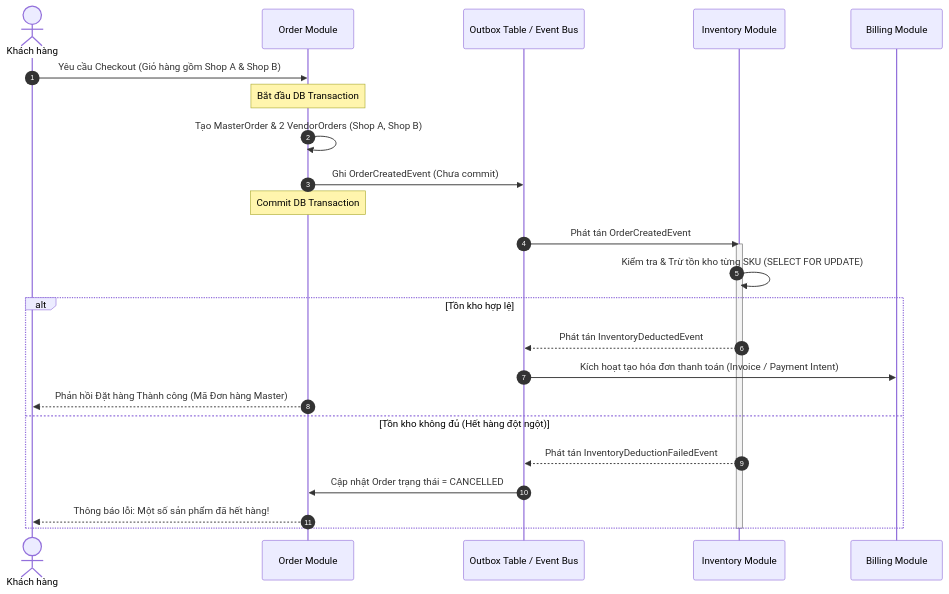
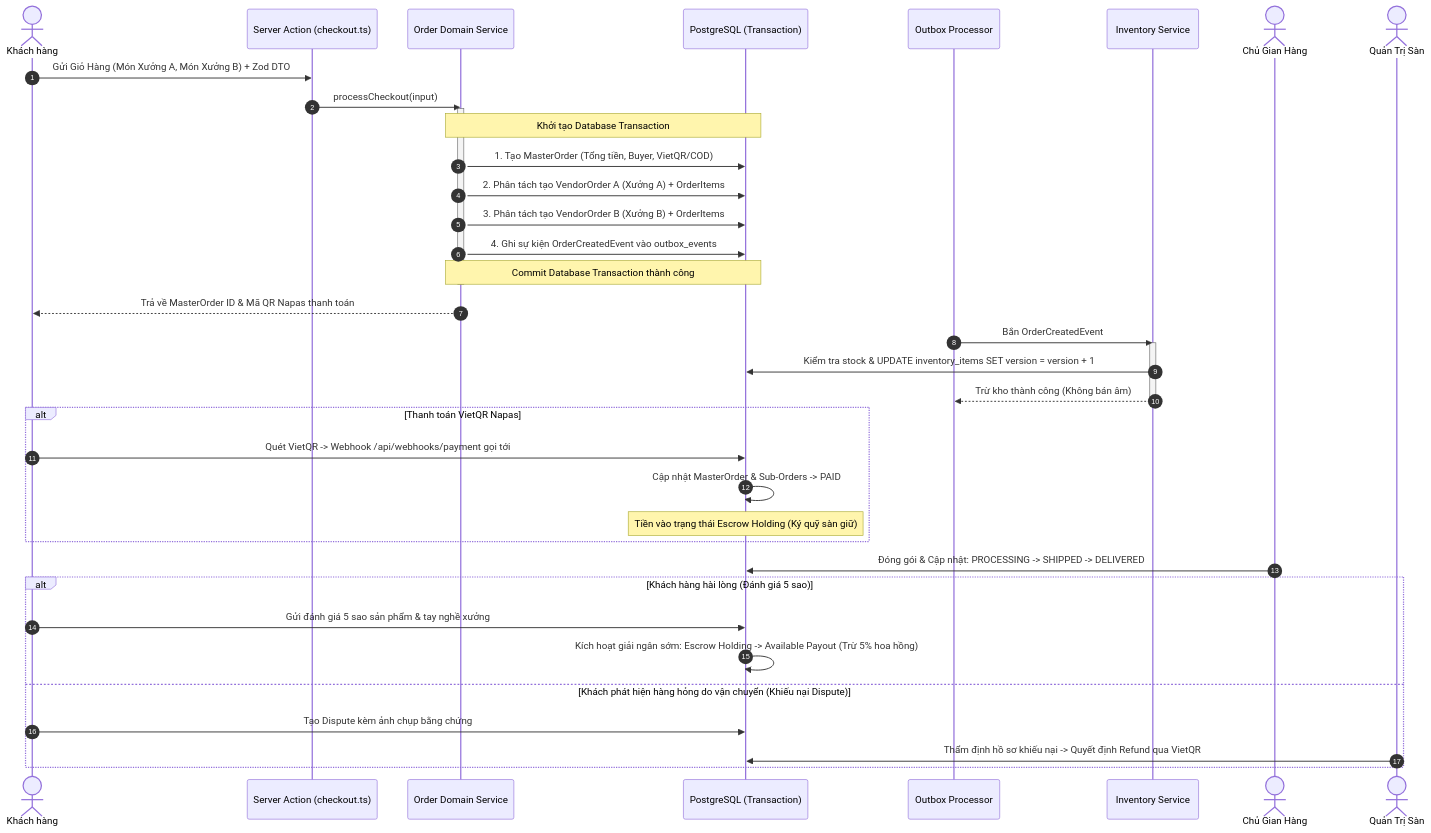
One commit to lethanhkha/vendora changed the third of 4 diagrams in docs/PRD.md. Above: the diagram before and after it, drawn with Mermaid. The commit also changed other lines of this file, not shown here.

Commit message:
docs(prd): update PRD to version 2.0 reflecting decoupled production architecture

````diff
--- a/docs/PRD.md
+++ b/docs/PRD.md
@@ -131,29 +144,47 @@
 ```mermaid
 sequenceDiagram
     autonumber
     actor Buyer as Khách hàng
-    participant OrderMod as Order Module
-    participant Outbox as Outbox Table / Event Bus
-    participant InvMod as Inventory Module
-    participant BillMod as Billing Module
+    participant CheckoutAction as Server Action (checkout.ts)
+    participant OrderService as Order Domain Service
+    participant DB as PostgreSQL (Transaction)
+    participant Outbox as Outbox Processor
+    participant InvService as Inventory Service
+    actor Vendor as Chủ Gian Hàng
+    actor Admin as Quản Trị Sàn
 
-    Buyer->>OrderMod: Yêu cầu Checkout (Giỏ hàng gồm Shop A & Shop B)
-    Note over OrderMod: Bắt đầu DB Transaction
-    OrderMod->>OrderMod: Tạo MasterOrder & 2 VendorOrders (Shop A, Shop B)
-    OrderMod->>Outbox: Ghi OrderCreatedEvent (Chưa commit)
-    Note over OrderMod: Commit DB Transaction
+    Buyer->>CheckoutAction: Gửi Giỏ Hàng (Món Xưởng A, Món Xưởng B) + Zod DTO
+    CheckoutAction->>OrderService: processCheckout(input)
+    activate OrderService
+    Note over OrderService,DB: Khởi tạo Database Transaction
+    OrderService->>DB: 1. Tạo MasterOrder (Tổng tiền, Buyer, VietQR/COD)
+    OrderService->>DB: 2. Phân tách tạo VendorOrder A (Xưởng A) + OrderItems
+    OrderService->>DB: 3. Phân tách tạo VendorOrder B (Xưởng B) + OrderItems
+    OrderService->>DB: 4. Ghi sự kiện OrderCreatedEvent vào outbox_events
+    Note over OrderService,DB: Commit Database Transaction thành công
+    deactivate OrderService
+
+    OrderService-->>Buyer: Trả về MasterOrder ID & Mã QR Napas thanh toán
     
-    Outbox->>InvMod: Phát tán OrderCreatedEvent
-    activate InvMod
-    InvMod->>InvMod: Kiểm tra & Trừ tồn kho từng SKU (SELECT FOR UPDATE)
-    alt Tồn kho hợp lệ
-        InvMod-->>Outbox: Phát tán InventoryDeductedEvent
-        Outbox->>BillMod: Kích hoạt tạo hóa đơn thanh toán (Invoice / Payment Intent)
-        OrderMod-->>Buyer: Phản hồi Đặt hàng Thành công (Mã Đơn hàng Master)
-    else Tồn kho không đủ (Hết hàng đột ngột)
-        InvMod-->>Outbox: Phát tán InventoryDeductionFailedEvent
-        Outbox->>OrderMod: Cập nhật Order trạng thái = CANCELLED
-        OrderMod-->>Buyer: Thông báo lỗi: Một số sản phẩm đã hết hàng!
+    Outbox->>InvService: Bắn OrderCreatedEvent
+    activate InvService
+    InvService->>DB: Kiểm tra stock & UPDATE inventory_items SET version = version + 1
+    InvService-->>Outbox: Trừ kho thành công (Không bán âm)
+    deactivate InvService
+
+    alt Thanh toán VietQR Napas
+        Buyer->>DB: Quét VietQR -> Webhook /api/webhooks/payment gọi tới
+        DB->>DB: Cập nhật MasterOrder & Sub-Orders -> PAID
+        Note over DB: Tiền vào trạng thái Escrow Holding (Ký quỹ sàn giữ)
     end
-    deactivate InvMod
+
+    Vendor->>DB: Đóng gói & Cập nhật: PROCESSING -> SHIPPED -> DELIVERED
+    
+    alt Khách hàng hài lòng (Đánh giá 5 sao)
+        Buyer->>DB: Gửi đánh giá 5 sao sản phẩm & tay nghề xưởng
+        DB->>DB: Kích hoạt giải ngân sớm: Escrow Holding -> Available Payout (Trừ 5% hoa hồng)
+    else Khách phát hiện hàng hỏng do vận chuyển (Khiếu nại Dispute)
+        Buyer->>DB: Tạo Dispute kèm ảnh chụp bằng chứng
+        Admin->>DB: Thẩm định hồ sơ khiếu nại -> Quyết định Refund qua VietQR
+    end
 ```
````
